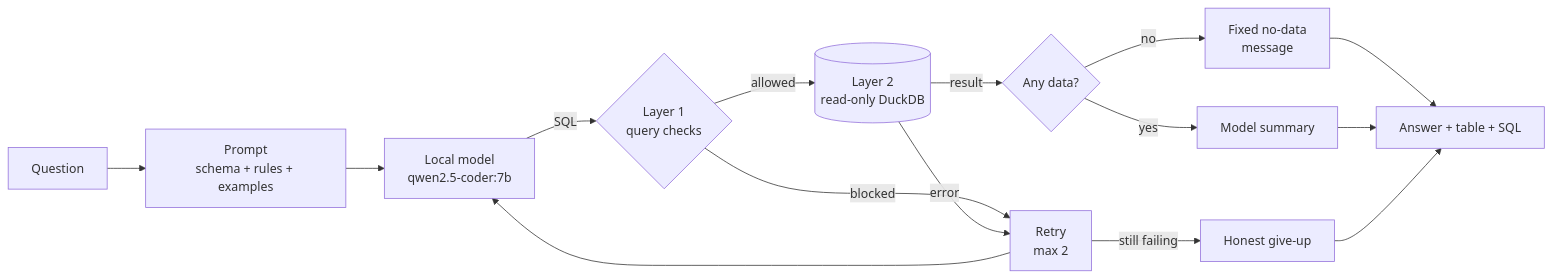
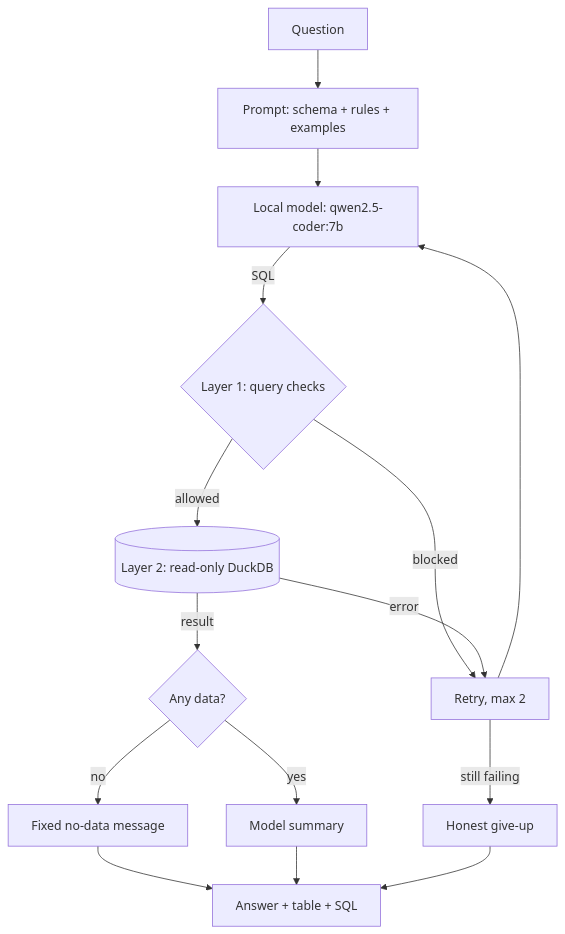
One commit to hashir-muhmd/skyquery changed the diagram in README.md. Above: the diagram before and after it, drawn with Mermaid.

Commit message:
Readable compact diagram

````diff
--- a/README.md
+++ b/README.md
@@ -29,17 +29,17 @@
 ```mermaid
-flowchart LR
-    U["Question"] --> P["Prompt<br/>schema + rules + examples"]
-    P --> M["Local model<br/>qwen2.5-coder:7b"]
-    M -->|SQL| G{"Layer 1<br/>query checks"}
-    G -->|allowed| D[("Layer 2<br/>read-only DuckDB")]
-    G -->|blocked| R["Retry<br/>max 2"]
+flowchart TD
+    U["Question"] --> P["Prompt: schema + rules + examples"]
+    P --> M["Local model: qwen2.5-coder:7b"]
+    M -->|SQL| G{"Layer 1: query checks"}
+    G -->|allowed| D[("Layer 2: read-only DuckDB")]
+    G -->|blocked| R["Retry, max 2"]
     D -->|error| R
     R --> M
     R -->|still failing| F["Honest give-up"]
     D -->|result| E{"Any data?"}
-    E -->|no| N["Fixed no-data<br/>message"]
+    E -->|no| N["Fixed no-data message"]
     E -->|yes| S["Model summary"]
     N --> O["Answer + table + SQL"]
     S --> O
     F --> O
 ```
````
